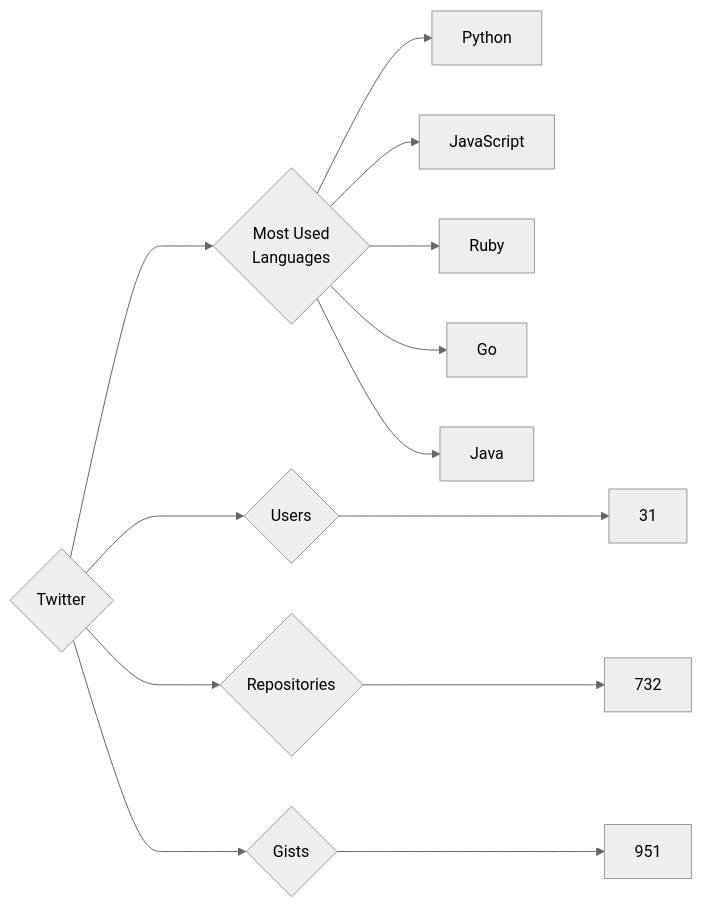
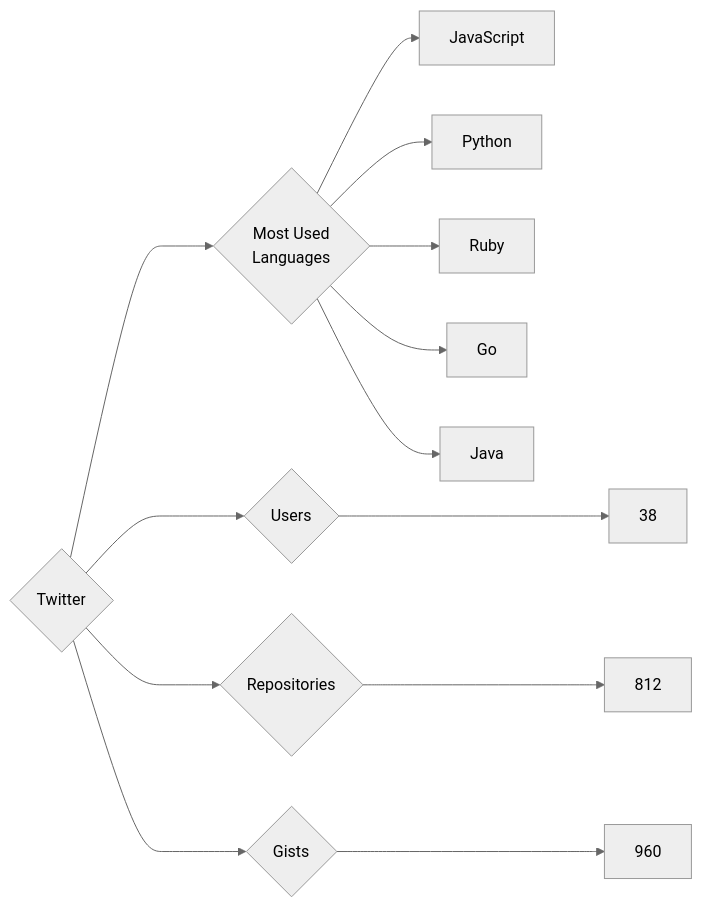
Before and after one commit to trickest/insiders: the diagram in targets/Twitter/README.md, drawn with Mermaid (neutral theme). The commit also changed 715 other files, not shown here.

````diff
--- a/targets/Twitter/README.md
+++ b/targets/Twitter/README.md
@@ -3,13 +3,13 @@
 ```mermaid
 graph LR
 COMPANY_NAME{Twitter}
-COMPANY_NAME ---> U{Users} ---> UN[31]
-COMPANY_NAME ---> R{Repositories} ---> RN[732]
-COMPANY_NAME ---> G{Gists} ---> GN[951]
+COMPANY_NAME ---> U{Users} ---> UN[38]
+COMPANY_NAME ---> R{Repositories} ---> RN[812]
+COMPANY_NAME ---> G{Gists} ---> GN[960]
 COMPANY_NAME ---> ML{Most Used<br>Languages}
+ML --> JavaScript[JavaScript]
 ML --> Python[Python]
-ML --> JavaScript[JavaScript]
 ML --> Ruby[Ruby]
 ML --> Go[Go]
 ML --> Java[Java]
 ```
````
